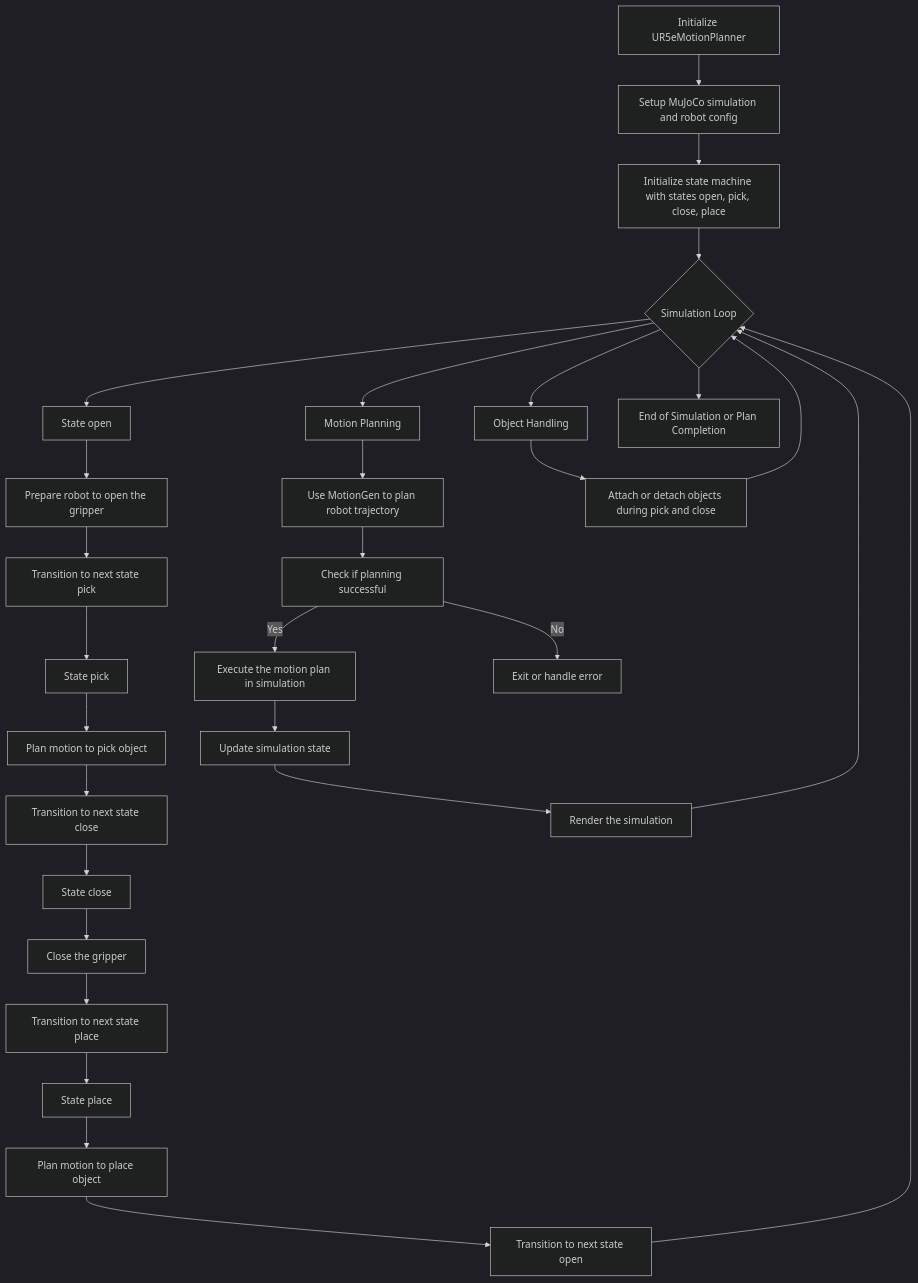
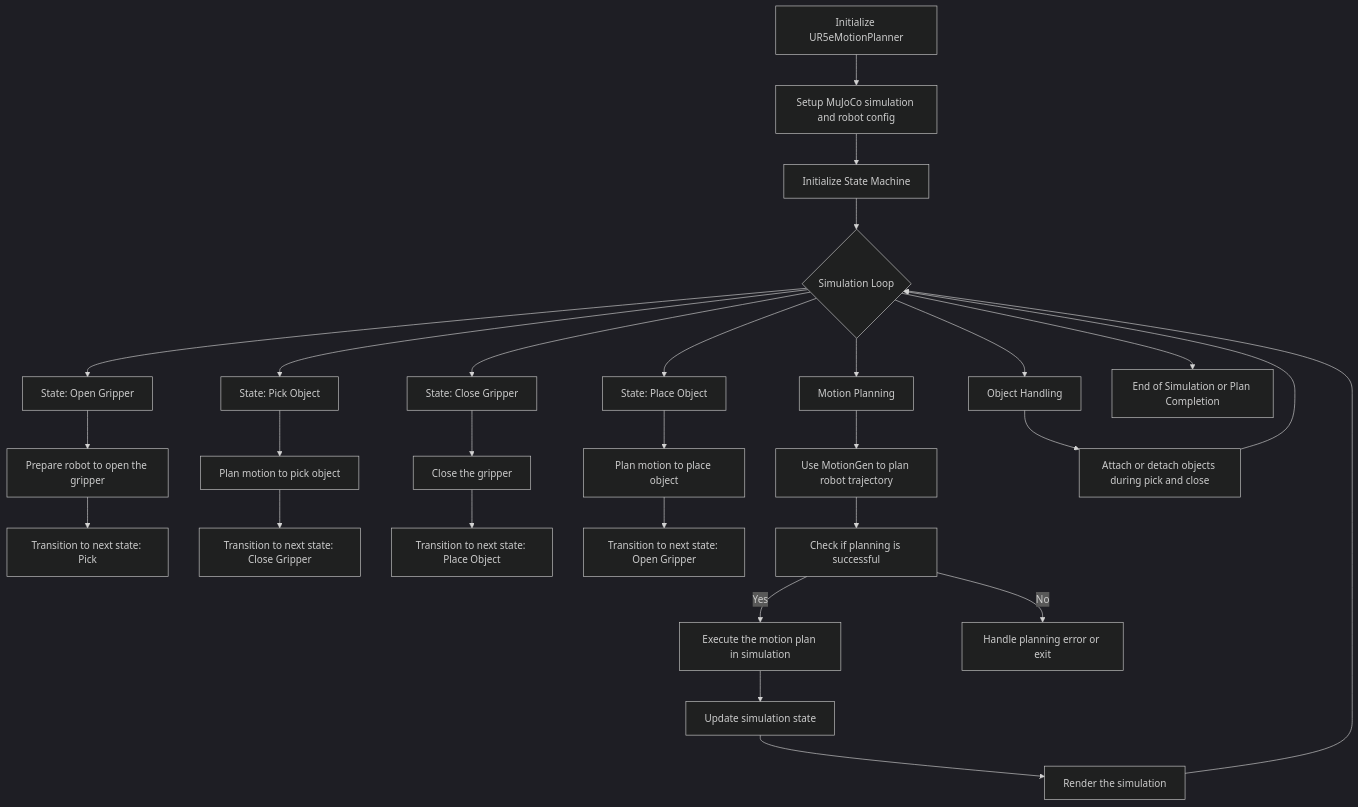
One commit to luaiabuelsamen/VentionMotionPlanner changed the second of 2 diagrams in src/mujoco_curobo/ReadMe.md. Above: the diagram before and after it, drawn with Mermaid (dark theme).

````diff
--- a/src/mujoco_curobo/ReadMe.md
+++ b/src/mujoco_curobo/ReadMe.md
@@ -16,32 +16,39 @@
 ```mermaid
 flowchart TD
     A[Initialize UR5eMotionPlanner] --> B[Setup MuJoCo simulation and robot config]
-    B --> C[Initialize state machine with states open, pick, close, place]
+    B --> C[Initialize State Machine]
     C --> D{Simulation Loop}
-    D --> E[State open]
+    
+    D --> E[State: Open Gripper]
     E --> F[Prepare robot to open the gripper]
-    F --> G[Transition to next state pick]
-    G --> H[State pick]
+    F --> G[Transition to next state: Pick]
+    
+    D --> H[State: Pick Object]
     H --> I[Plan motion to pick object]
-    I --> J[Transition to next state close]
-    J --> K[State close]
+    I --> J[Transition to next state: Close Gripper]
+    
+    D --> K[State: Close Gripper]
     K --> L[Close the gripper]
-    L --> M[Transition to next state place]
-    M --> N[State place]
+    L --> M[Transition to next state: Place Object]
+    
+    D --> N[State: Place Object]
     N --> O[Plan motion to place object]
-    O --> P[Transition to next state open]
-    P --> D
+    O --> P[Transition to next state: Open Gripper]
+    
     D --> Q[Motion Planning]
     Q --> R[Use MotionGen to plan robot trajectory]
-    R --> S[Check if planning successful]
+    R --> S[Check if planning is successful]
     S -->|Yes| T[Execute the motion plan in simulation]
-    S -->|No| U[Exit or handle error]
+    S -->|No| U[Handle planning error or exit]
+    
     T --> V[Update simulation state]
     V --> W[Render the simulation]
-    W --> D
+    
     D --> X[Object Handling]
     X --> Y[Attach or detach objects during pick and close]
+    
+    D --> Z[End of Simulation or Plan Completion]
+    
+    W --> D
     Y --> D
-    D --> Z[End of Simulation or Plan Completion]
-
 ```
````
